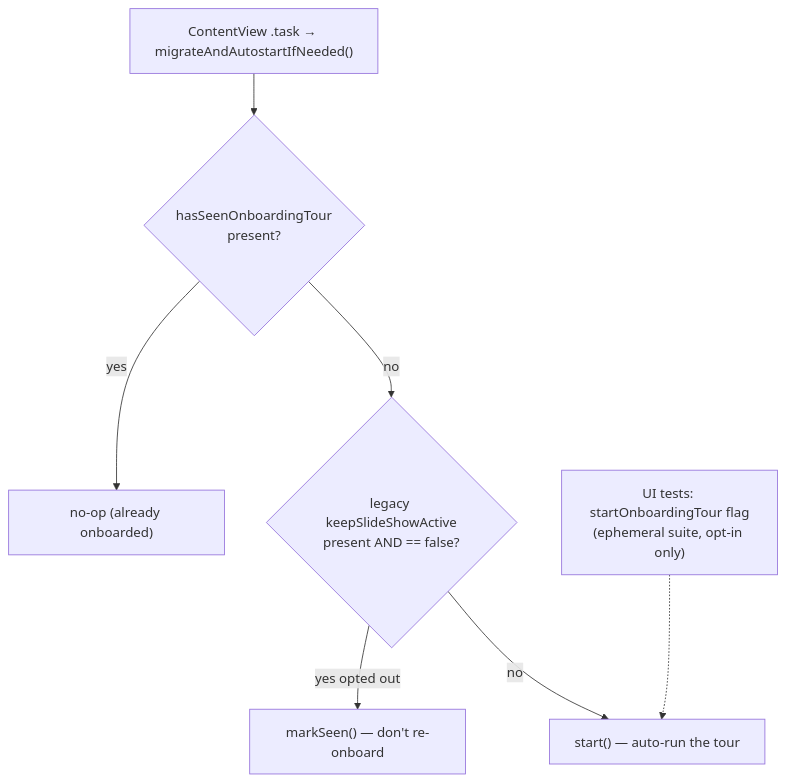
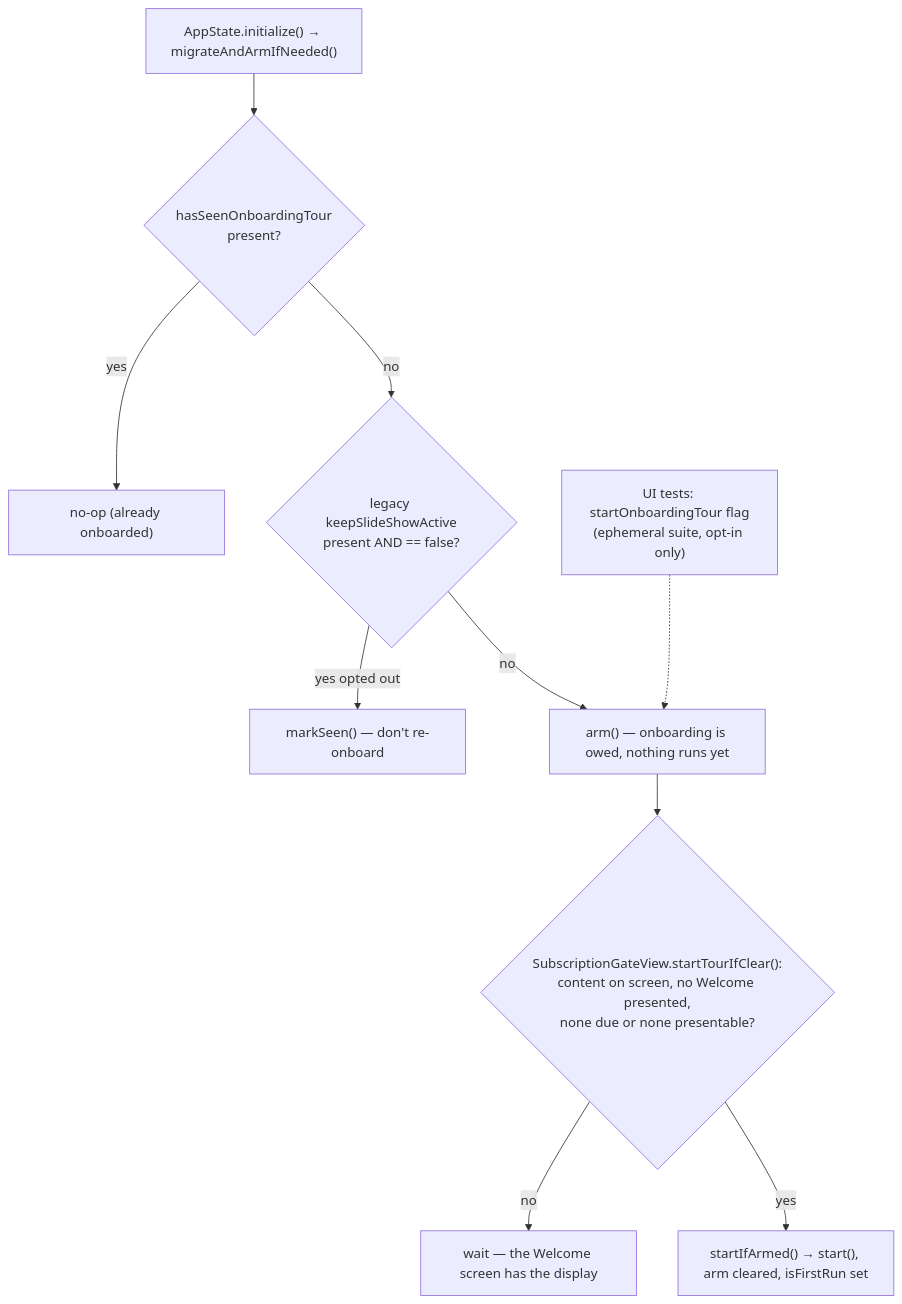
One commit to aiarcheology-com/aiarcheology changed the third of 4 diagrams in ios/MLBrowser/iOS/UI/Tour/ARCHITECTURE.md. Above: the diagram before and after it, drawn with Mermaid. The commit also changed other lines of this file and 5 other files, not shown here.

````diff
--- a/ios/MLBrowser/iOS/UI/Tour/ARCHITECTURE.md
+++ b/ios/MLBrowser/iOS/UI/Tour/ARCHITECTURE.md
@@ -105,9 +121,12 @@
 ```mermaid
 flowchart TD
-    A["ContentView .task → migrateAndAutostartIfNeeded()"] --> B{hasSeenOnboardingTour<br/>present?}
+    A["AppState.initialize() → migrateAndArmIfNeeded()"] --> B{hasSeenOnboardingTour<br/>present?}
     B -->|yes| Z["no-op (already onboarded)"]
     B -->|no| C{legacy keepSlideShowActive<br/>present AND == false?}
     C -->|yes opted out| D["markSeen() — don't re-onboard"]
-    C -->|no| E["start() — auto-run the tour"]
-    F["UI tests: startOnboardingTour flag<br/>(ephemeral suite, opt-in only)"] -.-> E
+    C -->|no| E["arm() — onboarding is owed, nothing runs yet"]
+    E --> F{"SubscriptionGateView.startTourIfClear():<br/>content on screen, no Welcome presented,<br/>none due or none presentable?"}
+    F -->|no| G["wait — the Welcome screen has the display"]
+    F -->|yes| H["startIfArmed() → start(), arm cleared, isFirstRun set"]
+    I["UI tests: startOnboardingTour flag<br/>(ephemeral suite, opt-in only)"] -.-> E
 ```
````
